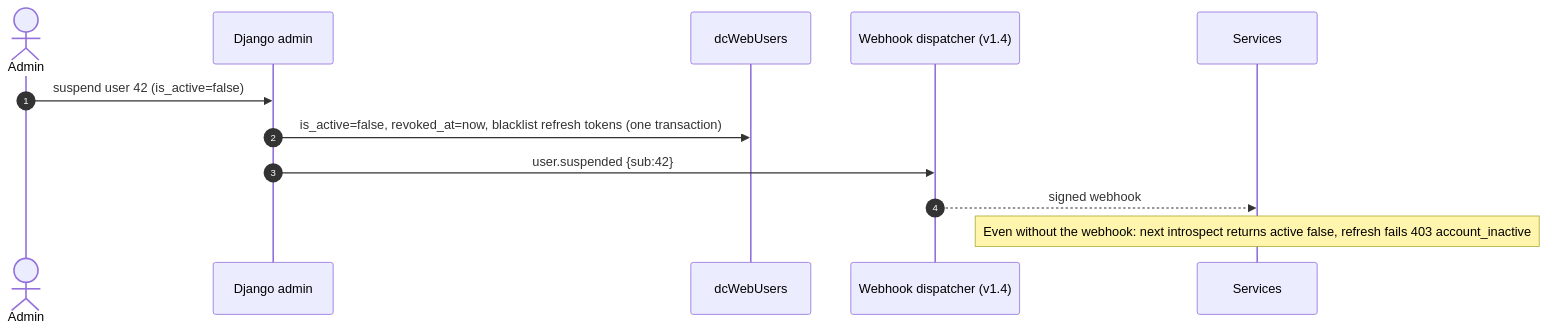
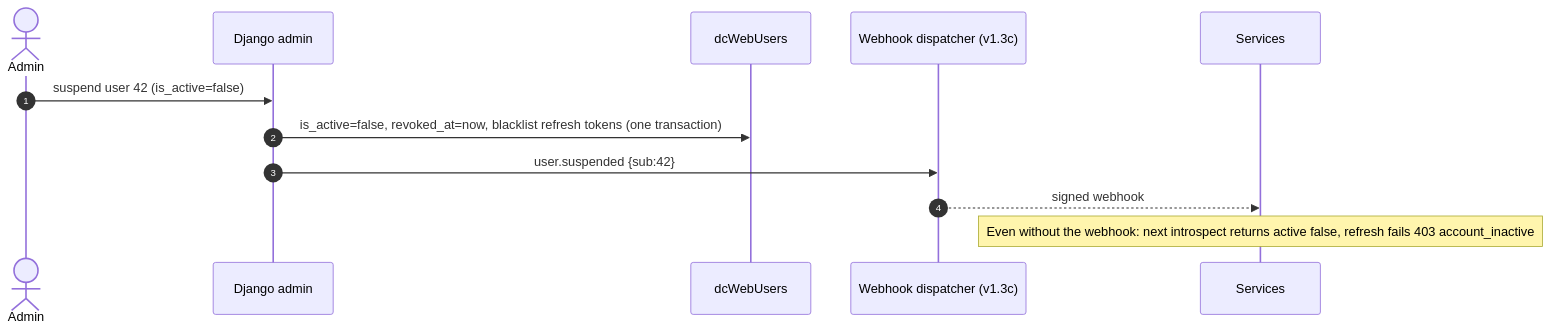
The ninth of 11 diagrams in docs/DESIGN-v1.2-requirements.md (Neural-Matrix-LLC/SSO-server), drawn with Mermaid before and after one commit. The commit also changed other lines of this file and 8 other files, not shown here.

````diff
--- a/docs/DESIGN-v1.2-requirements.md
+++ b/docs/DESIGN-v1.2-requirements.md
@@ -435,14 +435,14 @@
 ```mermaid
 sequenceDiagram
   autonumber
   actor A as Admin
   participant AD as Django admin
   participant DB as dcWebUsers
-  participant WH as Webhook dispatcher (v1.4)
+  participant WH as Webhook dispatcher (v1.3c)
   participant SV as Services
   A->>AD: suspend user 42 (is_active=false)
   AD->>DB: is_active=false, revoked_at=now, blacklist refresh tokens (one transaction)
   AD->>WH: user.suspended {sub:42}
   WH-->>SV: signed webhook
   Note over SV: Even without the webhook: next introspect returns active false, refresh fails 403 account_inactive
 ```
````
